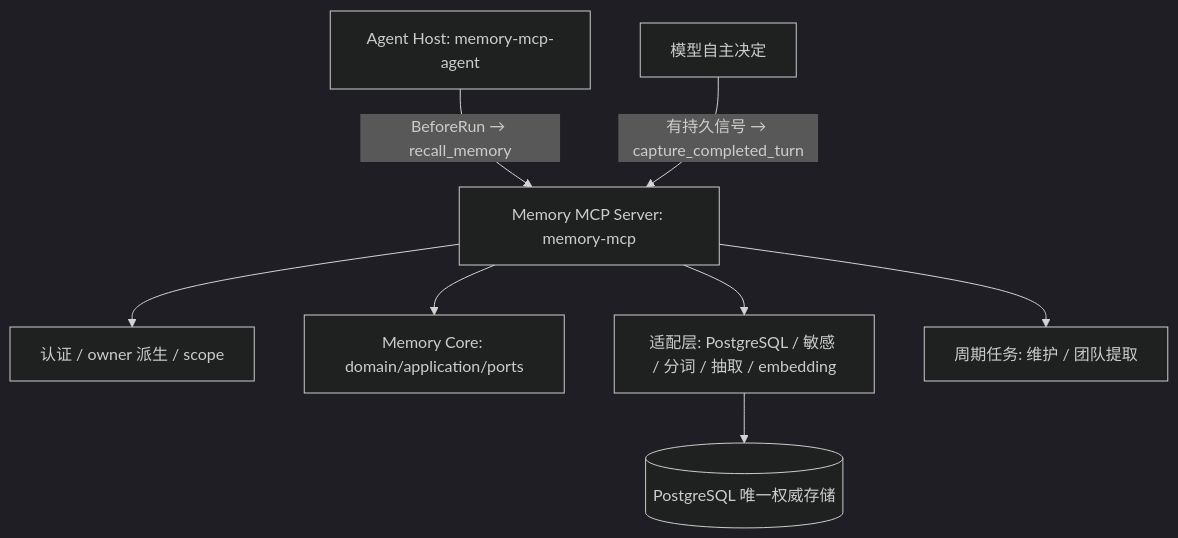
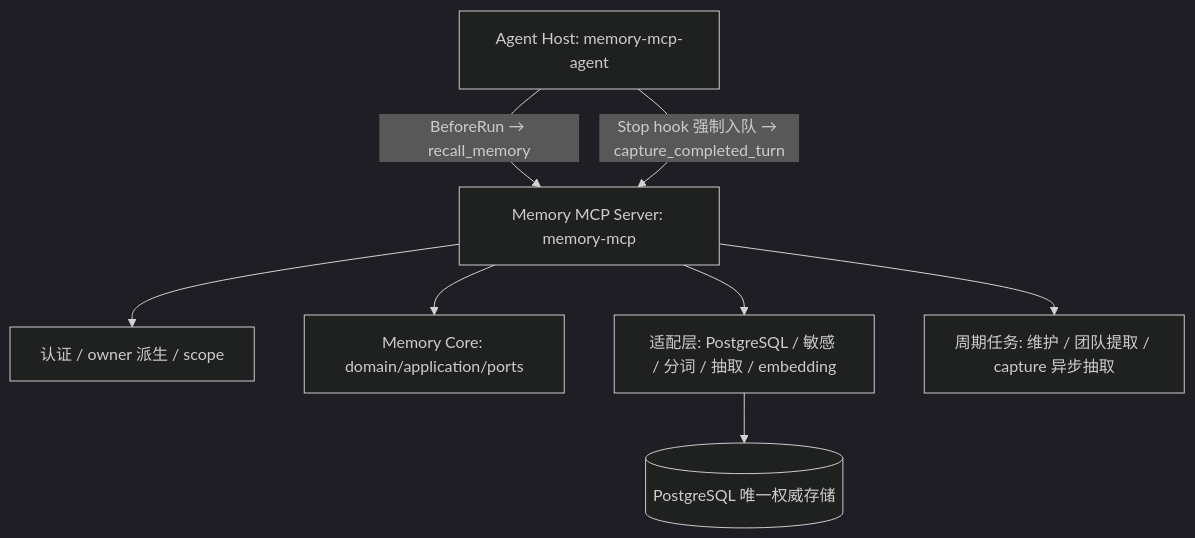
The diagram in docs/README.md (dxiaosen/memory-mcp), drawn with Mermaid (dark theme) before and after one commit. The commit also changed 34 other files, not shown here.

````diff
--- a/docs/README.md
+++ b/docs/README.md
@@ -21,10 +21,10 @@
 ```mermaid
 flowchart TD
     AH[Agent Host: memory-mcp-agent] -->|BeforeRun → recall_memory| SRV
-    MODEL[模型自主决定] -->|有持久信号 → capture_completed_turn| SRV
+    AH -->|Stop hook 强制入队 → capture_completed_turn| SRV
     SRV[Memory MCP Server: memory-mcp] --> AUTH[认证 / owner 派生 / scope]
     SRV --> CORE[Memory Core: domain/application/ports]
     SRV --> ADAPT[适配层: PostgreSQL / 敏感 / 分词 / 抽取 / embedding]
     ADAPT --> PG[(PostgreSQL 唯一权威存储)]
-    SRV --> MAINT[周期任务: 维护 / 团队提取]
+    SRV --> MAINT[周期任务: 维护 / 团队提取 / capture 异步抽取]
 ```
````
